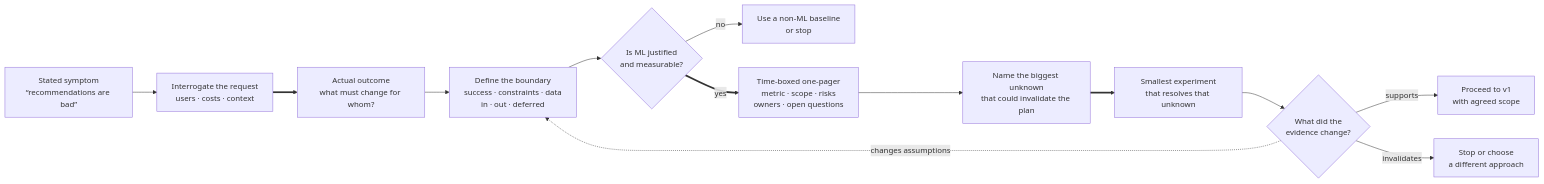
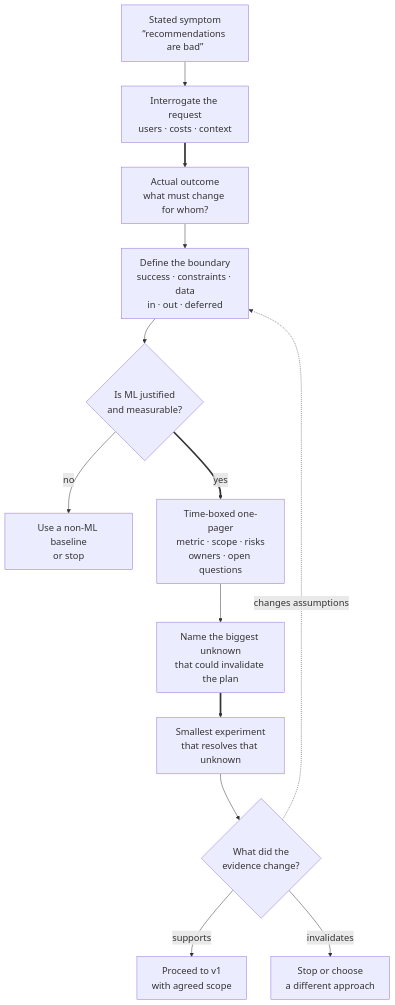
One commit to mlmentorship/mlmentorship.github.io changed the diagram in src/content/posts/2026-04-23-scope-ambiguous-problem.md. Above: the diagram before and after it, drawn with Mermaid. The commit also changed other lines of this file and 7 other files, not shown here.

````diff
--- a/src/content/posts/2026-04-23-scope-ambiguous-problem.md
+++ b/src/content/posts/2026-04-23-scope-ambiguous-problem.md
@@ -52,23 +55,24 @@
 ```mermaid
-flowchart LR
+%%{init: {"themeVariables": {"fontSize": "19px"}}}%%
+flowchart TB
 	accTitle: A senior scoping loop from an ambiguous request to an evidence-backed decision
 	accDescr: Start with a stakeholder's symptom, interrogate it to identify the actual user or business outcome, then define success, constraints, data, and non-goals. Decide whether machine learning is justified. If not, choose a non-ML baseline or stop. If it is, write a time-boxed one-pager that names scope, metrics, risks, and open questions. Select the biggest unknown, run the smallest experiment that can resolve it, and use evidence to proceed, rescope and repeat, or stop.
 	A["Stated symptom<br/>“recommendations are bad”"] --> B["Interrogate the request<br/>users · costs · context"]
 	B ==> C["Actual outcome<br/>what must change for whom?"]
 	C --> D["Define the boundary<br/>success · constraints · data<br/>in · out · deferred"]
 	D --> E{"Is ML justified<br/>and measurable?"}
 	E -->|"no"| F["Use a non-ML baseline<br/>or stop"]
 	E ==>|"yes"| G["Time-boxed one-pager<br/>metric · scope · risks<br/>owners · open questions"]
 	G --> H["Name the biggest unknown<br/>that could invalidate the plan"]
 	H ==> I["Smallest experiment<br/>that resolves that unknown"]
 	I --> J{"What did the<br/>evidence change?"}
 	J -->|"supports"| K["Proceed to v1<br/>with agreed scope"]
 	J -. "changes assumptions" .-> D
 	J -->|"invalidates"| L["Stop or choose<br/>a different approach"]
 	class A viz-input
 	class C,E,H,J viz-focus
 	class D,G viz-state
 	class F,L viz-warning
 	class I,K viz-output
-	class A viz-wide
+	class A viz-tall
 ```
````
